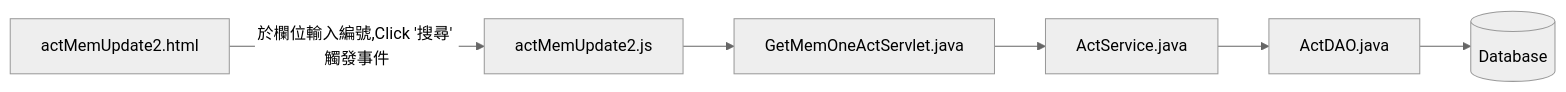
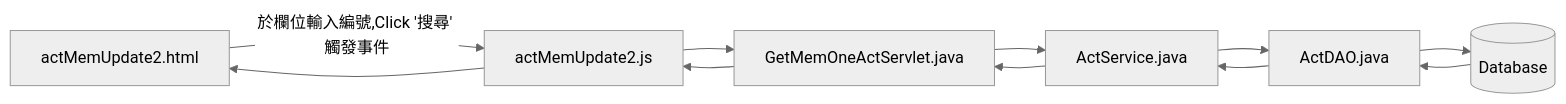
The seventh of 15 diagrams in README.md (TLexYuW/CGA103G1OwnPart), drawn with Mermaid (neutral theme) before and after one commit.

Commit message:
LEX: 2022-09-12 00:07:27
Affected files:
README.md

````diff
--- a/README.md
+++ b/README.md
@@ -102,6 +102,7 @@
 ```mermaid
 flowchart LR
 	aMU2html[actMemUpdate2.html] -->|於欄位輸入編號,Click '搜尋' 觸發事件| aMU2js[actMemUpdate2.js]
 	--> GMOAS[GetMemOneActServlet.java]
 	--> AS[ActService.java] --> AD[ActDAO.java] --> DB[(Database)]
+	DB --> AD --> AS --> GMOAS --> aMU2js --> aMU2html
 ```  
````
